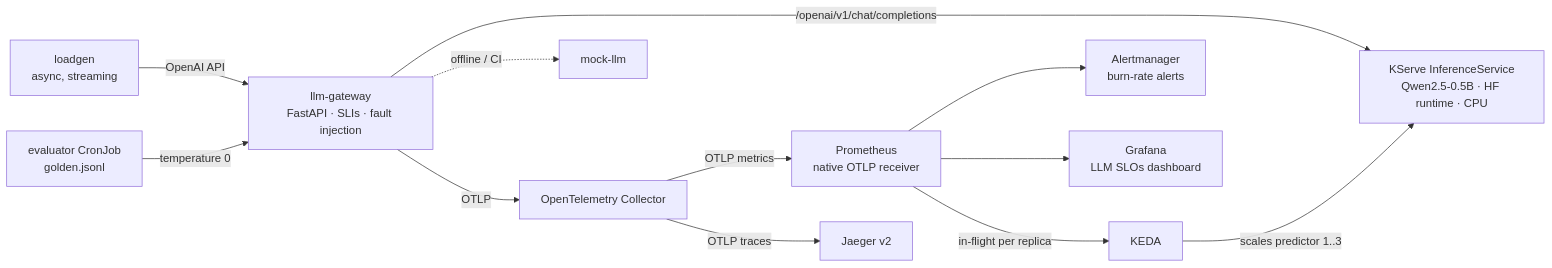
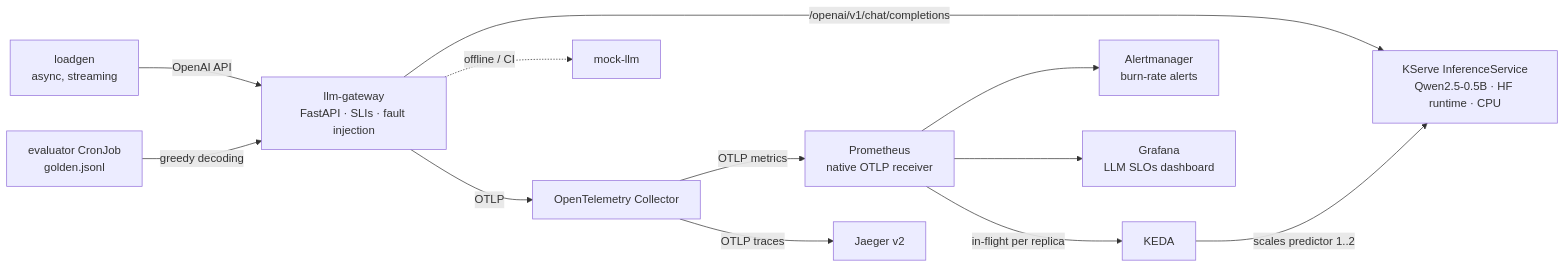
One commit to aLuizab/llm-slo-lab changed the diagram in README.md. Above: the diagram before and after it, drawn with Mermaid. The commit also changed other lines of this file and 13 other files, not shown here.

````diff
--- a/README.md
+++ b/README.md
@@ -56,14 +72,14 @@
 ```mermaid
 flowchart LR
     LG[loadgen<br/>async, streaming] -->|OpenAI API| GW[llm-gateway<br/>FastAPI · SLIs · fault injection]
-    EV[evaluator CronJob<br/>golden.jsonl] -->|temperature 0| GW
+    EV[evaluator CronJob<br/>golden.jsonl] -->|greedy decoding| GW
     GW -->|/openai/v1/chat/completions| KS[KServe InferenceService<br/>Qwen2.5-0.5B · HF runtime · CPU]
     GW -.->|offline / CI| MK[mock-llm]
     GW -->|OTLP| OC[OpenTelemetry Collector]
     OC -->|OTLP metrics| PR[Prometheus<br/>native OTLP receiver]
     OC -->|OTLP traces| JG[Jaeger v2]
     PR --> AM[Alertmanager<br/>burn-rate alerts]
     PR --> GF[Grafana<br/>LLM SLOs dashboard]
     PR -->|in-flight per replica| KD[KEDA]
-    KD -->|scales predictor 1..3| KS
+    KD -->|scales predictor 1..2| KS
 ```
````
